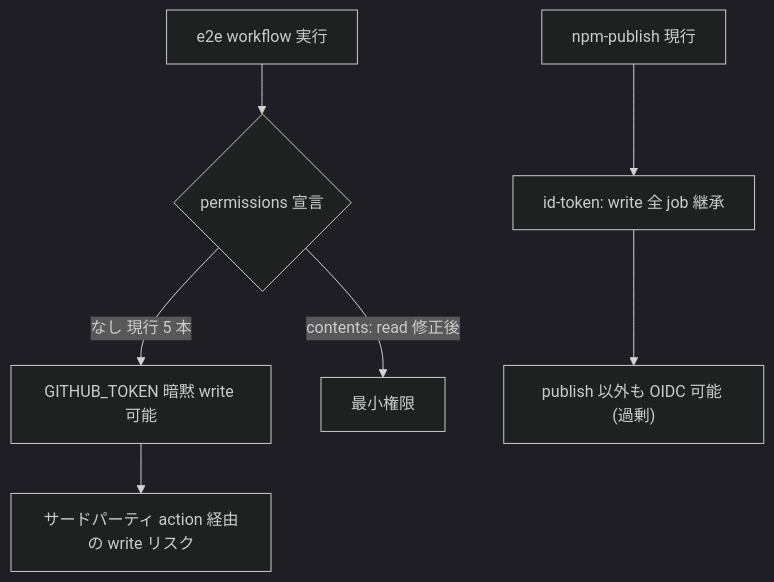
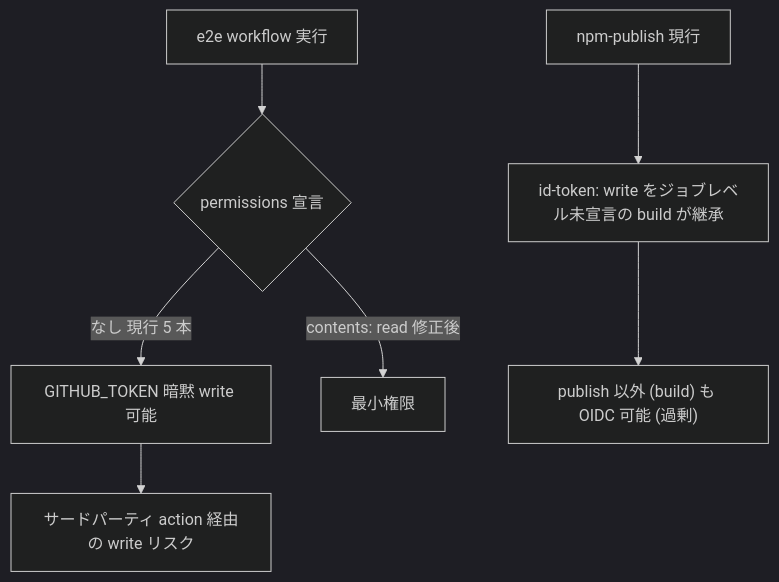
Before and after one commit to shiguredo/sora-js-sdk: the diagram in issues/0026-ci-fix-workflows-missing-permissions.md, drawn with Mermaid (dark theme). The commit also changed other lines of this file and 33 other files, not shown here.

````diff
--- a/issues/0026-ci-fix-workflows-missing-permissions.md
+++ b/issues/0026-ci-fix-workflows-missing-permissions.md
@@ -24,9 +25,9 @@
 ```mermaid
 flowchart TD
     A[e2e workflow 実行] --> B{permissions 宣言}
     B -->|なし 現行 5 本| C["GITHUB_TOKEN 暗黙 write 可能"]
     C --> D[サードパーティ action 経由の write リスク]
     B -->|contents: read 修正後| E[最小権限]
-    F[npm-publish 現行] --> G["id-token: write 全 job 継承"]
-    G --> H["publish 以外も OIDC 可能 (過剰)"]
+    F[npm-publish 現行] --> G["id-token: write をジョブレベル未宣言の build が継承"]
+    G --> H["publish 以外 (build) も OIDC 可能 (過剰)"]
 ```
````
